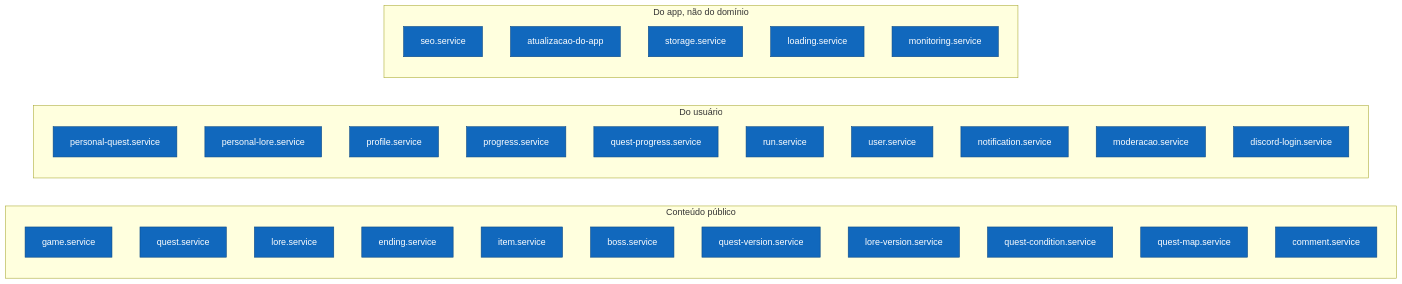
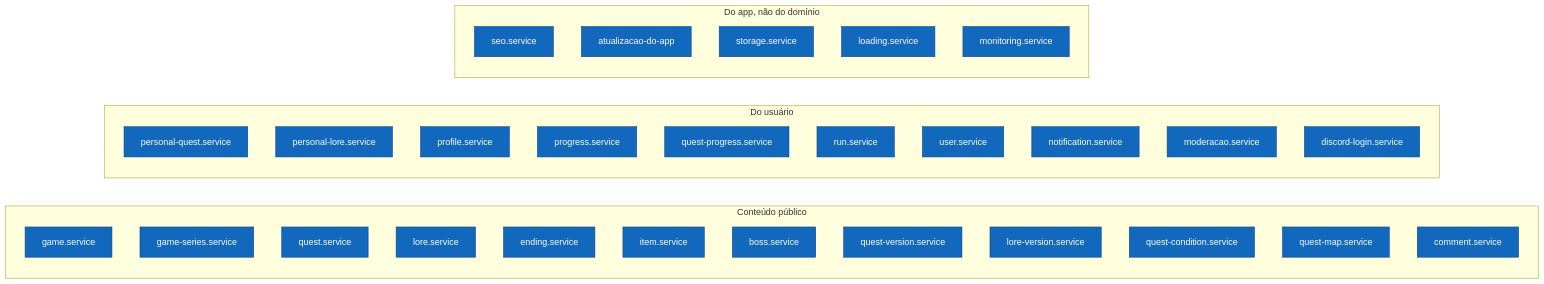
One commit to xcorpiiion/souls-guide-front changed the second of 3 diagrams in docs/arquitetura/c4-3-componentes-front.md. Above: the diagram before and after it, drawn with Mermaid. The commit also changed 21 other files, not shown here.

````diff
--- a/docs/arquitetura/c4-3-componentes-front.md
+++ b/docs/arquitetura/c4-3-componentes-front.md
@@ -68,40 +68,41 @@
 ```mermaid
 flowchart LR
     subgraph conteudo ["Conteúdo público"]
         game["game.service"]
+        gameSeries["game-series.service"]
         quest["quest.service"]
         lore["lore.service"]
         ending["ending.service"]
         item["item.service"]
         boss["boss.service"]
         questVersion["quest-version.service"]
         loreVersion["lore-version.service"]
         questCondition["quest-condition.service"]
         questMap["quest-map.service"]
         comment["comment.service"]
     end
 
     subgraph pessoal ["Do usuário"]
         personalQuest["personal-quest.service"]
         personalLore["personal-lore.service"]
         profile["profile.service"]
         progress["progress.service"]
         questProgress["quest-progress.service"]
         run["run.service"]
         user["user.service"]
         notification["notification.service"]
         moderacao["moderacao.service"]
         discordLogin["discord-login.service"]
     end
 
     subgraph infra ["Do app, não do domínio"]
         seo["seo.service"]
         atualizacao["atualizacao-do-app"]
         storage["storage.service"]
         loading["loading.service"]
         monitoring["monitoring.service"]
     end
 
     classDef s fill:#1168bd,stroke:#0b4884,color:#fff
-    class game,quest,lore,ending,item,boss,questVersion,loreVersion,questCondition,questMap,comment,personalQuest,personalLore,profile,progress,questProgress,run,user,notification,moderacao,discordLogin,seo,atualizacao,storage,loading,monitoring s
+    class game,gameSeries,quest,lore,ending,item,boss,questVersion,loreVersion,questCondition,questMap,comment,personalQuest,personalLore,profile,progress,questProgress,run,user,notification,moderacao,discordLogin,seo,atualizacao,storage,loading,monitoring s
 ```
````
